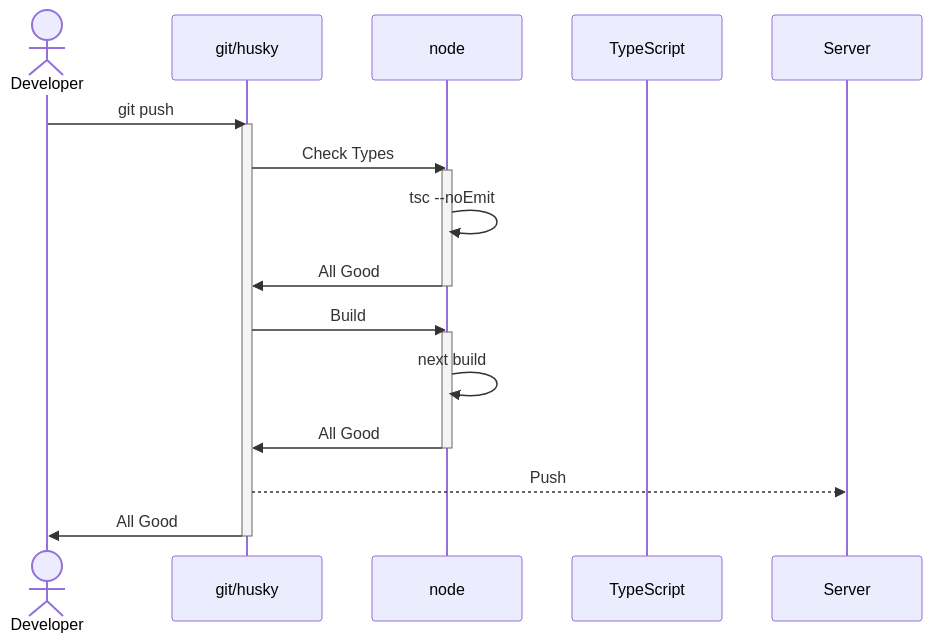
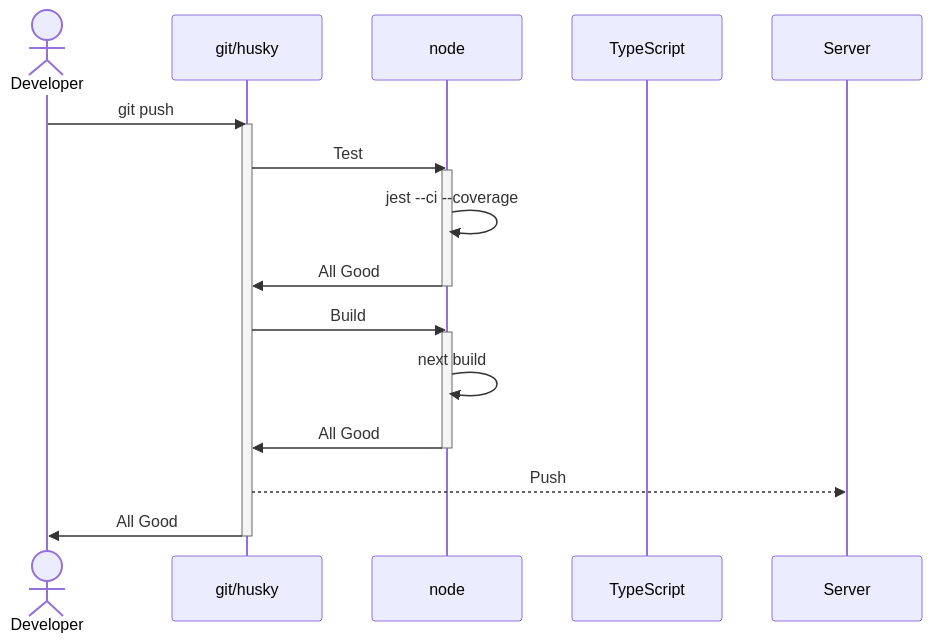
Before and after one commit to rblackman/NextTemplate: the second of 2 diagrams in README.md, drawn with Mermaid.

Commit message:
docs: fix diagram

````diff
--- a/README.md
+++ b/README.md
@@ -67,23 +67,23 @@
 ```mermaid
 sequenceDiagram
     actor D as Developer
     participant G as git/husky
     participant N as node
     participant TS as TypeScript
     participant S as Server
     D->>G: git push
     activate G
-    G->>N: Check Types
+    G->>N: Test
     activate N
-    N->>N: tsc --noEmit
+    N->>N: jest --ci --coverage
     N->>G: All Good
     deactivate N
     G->>N: Build
     activate N
     N->>N: next build
     N->>G: All Good
     deactivate N
     G-->>S: Push
     G->>D: All Good
     deactivate G
 ```
````
